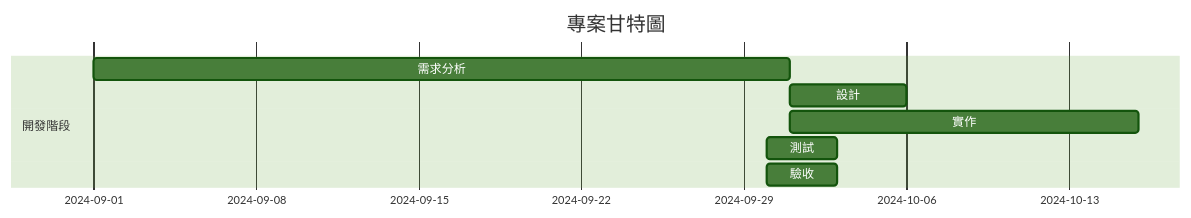
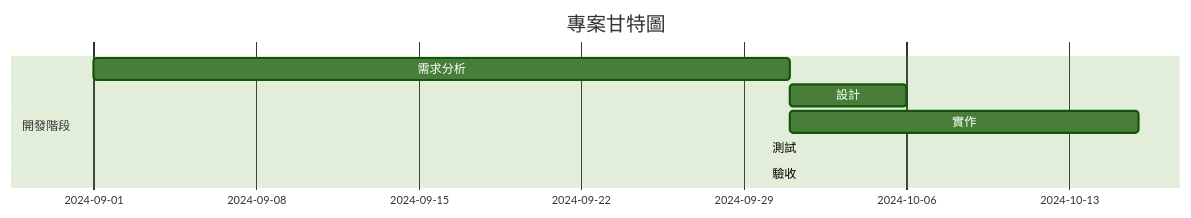
Before and after one commit to gino2066/-: the first of 2 diagrams in README.md, drawn with Mermaid (forest theme).

````diff
--- a/README.md
+++ b/README.md
@@ -14,11 +14,12 @@
 ```mermaid
-gantt
+ gantt
     title 專案甘特圖
     dateFormat  YYYY-MM-DD
     section 開發階段
     需求分析      :a1, 2024-09-01, 30d
     設計          :after a1, 5d
     實作          :after a1, 15d
-    測試          :after a2, 3d
-    驗收          :after a3, 3d 
+    測試          :after a3, 3d  %% 測試應該在實作之後進行
+    驗收          :after a4, 3d  %% 驗收應該在測試之後進行
+
 ```
````
